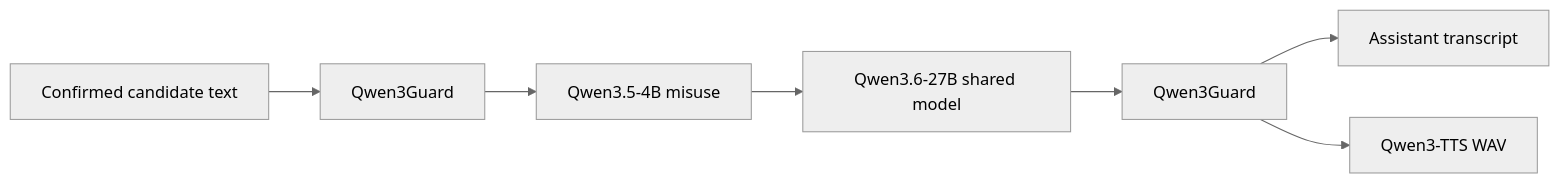
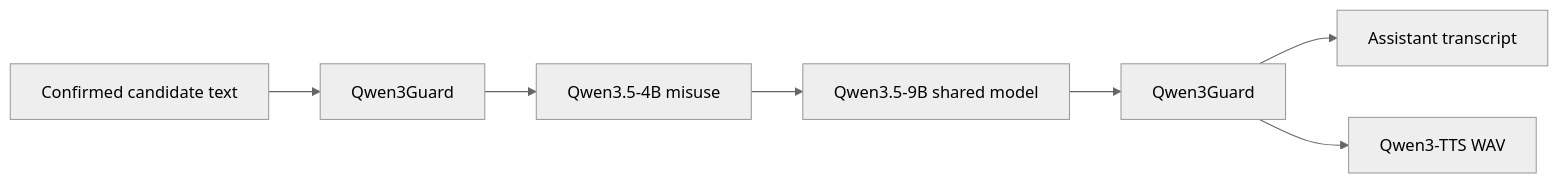
Before and after one commit to jaredturck/AI-interview: the third of 5 diagrams in docs/ARCHITECTURE.md, drawn with Mermaid (neutral theme). The commit also changed other lines of this file and 16 other files, not shown here.

Commit message:
Replace the oversized Qwen3.6-27B shared model with Qwen3.5-9B INT8 on a single GPU and simplify evaluation generation for reliable end-to-end completion. Reduce evaluator batching and output limits, disable hidden thinking during evaluation, and add clear progress/result logging.

````diff
--- a/docs/ARCHITECTURE.md
+++ b/docs/ARCHITECTURE.md
@@ -44,9 +44,9 @@
 ```mermaid
 flowchart LR
     Input[Confirmed candidate text] --> GuardIn[Qwen3Guard]
     GuardIn --> Misuse[Qwen3.5-4B misuse]
-    Misuse --> Interviewer[Qwen3.6-27B shared model]
+    Misuse --> Interviewer[Qwen3.5-9B shared model]
     Interviewer --> GuardOut[Qwen3Guard]
     GuardOut --> Text[Assistant transcript]
     GuardOut --> TTS[Qwen3-TTS WAV]
 ```
````
